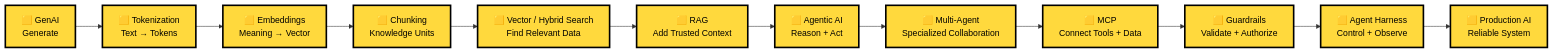
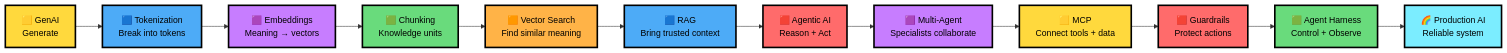
Diagram 34 of 40 in GenAI-AgenticAI-MultiAgent-RAG-AgentHarness.md (azam123/awesome-ai-engineer), drawn with Mermaid before and after one commit. The commit also changed other lines of this file, not shown here.

Commit message:
docs: enhance AI mental model with colorful concept flows

````diff
--- a/GenAI-AgenticAI-MultiAgent-RAG-AgentHarness.md
+++ b/GenAI-AgenticAI-MultiAgent-RAG-AgentHarness.md
@@ -4509,17 +4511,30 @@
 ```mermaid
 flowchart LR
-    A["🟨 GenAI<br/>Generate"] --> B["🟨 Tokenization<br/>Text → Tokens"]
-    B --> C["🟨 Embeddings<br/>Meaning → Vector"]
-    C --> D["🟨 Chunking<br/>Knowledge Units"]
-    D --> E["🟨 Vector / Hybrid Search<br/>Find Relevant Data"]
-    E --> F["🟨 RAG<br/>Add Trusted Context"]
-    F --> G["🟨 Agentic AI<br/>Reason + Act"]
-    G --> H["🟨 Multi-Agent<br/>Specialized Collaboration"]
-    H --> I["🟨 MCP<br/>Connect Tools + Data"]
-    I --> J["🟨 Guardrails<br/>Validate + Authorize"]
-    J --> K["🟨 Agent Harness<br/>Control + Observe"]
-    K --> L["🟨 Production AI<br/>Reliable System"]
+    A["🟨 GenAI<br/>Generate"] --> B["🟦 Tokenization<br/>Break into tokens"]
+    B --> C["🟪 Embeddings<br/>Meaning → vectors"]
+    C --> D["🟩 Chunking<br/>Knowledge units"]
+    D --> E["🟧 Vector Search<br/>Find similar meaning"]
+    E --> F["🟦 RAG<br/>Bring trusted context"]
+    F --> G["🟥 Agentic AI<br/>Reason + Act"]
+    G --> H["🟪 Multi-Agent<br/>Specialists collaborate"]
+    H --> I["🟨 MCP<br/>Connect tools + data"]
+    I --> J["🟥 Guardrails<br/>Protect actions"]
+    J --> K["🟩 Agent Harness<br/>Control + Observe"]
+    K --> L["🌈 Production AI<br/>Reliable system"]
 
     classDef yellow fill:#FFD93D,color:#000,stroke:#000,stroke-width:3px;
-    class A,B,C,D,E,F,G,H,I,J,K,L yellow;
+    classDef blue fill:#4DABF7,color:#000,stroke:#000,stroke-width:3px;
+    classDef purple fill:#C77DFF,color:#000,stroke:#000,stroke-width:3px;
+    classDef green fill:#69DB7C,color:#000,stroke:#000,stroke-width:3px;
+    classDef orange fill:#FFB347,color:#000,stroke:#000,stroke-width:3px;
+    classDef red fill:#FF6B6B,color:#000,stroke:#000,stroke-width:3px;
+    classDef rainbow fill:#7BEDFF,color:#000,stroke:#000,stroke-width:3px;
+
+    class A,I yellow;
+    class B,F blue;
+    class C,H purple;
+    class D,K green;
+    class E orange;
+    class G,J red;
+    class L rainbow;
 ```
````
